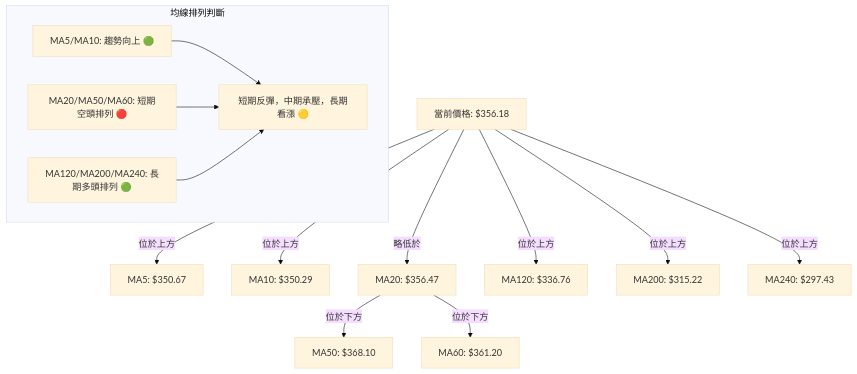
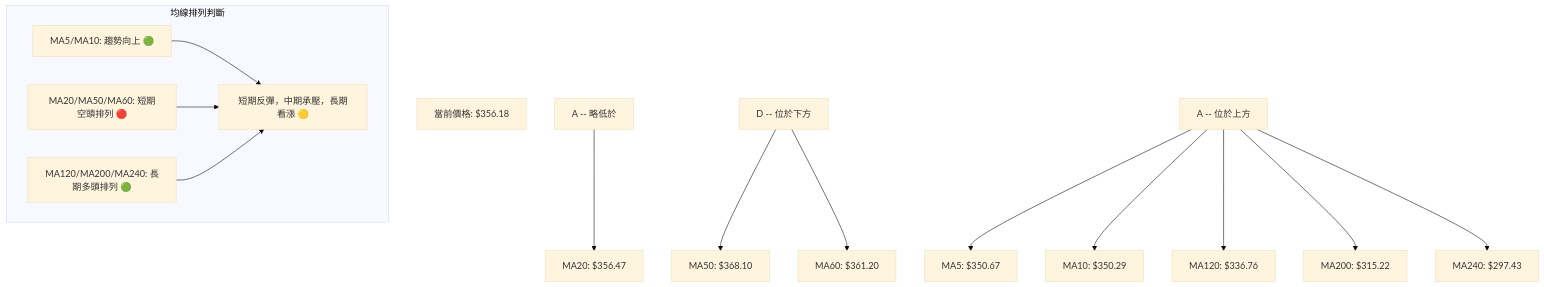
One commit to yennanliu/finance_data changed the eighth of 12 diagrams in ai_gen_report/stock/goog/technical_analysis_2026-07-05_gemini.md. Above: the diagram before and after it, drawn with Mermaid (base theme). The commit also changed other lines of this file and 2258 other files, not shown here.

First line of the commit message:
chore: backfill Mermaid syntax repair across existing reports

````diff
--- a/ai_gen_report/stock/goog/technical_analysis_2026-07-05_gemini.md
+++ b/ai_gen_report/stock/goog/technical_analysis_2026-07-05_gemini.md
@@ -460,30 +460,30 @@
 ```mermaid
 graph TD
-    A[當前價格: $356.18]
-    B[MA5: $350.67]
-    C[MA10: $350.29]
-    D[MA20: $356.47]
-    E[MA50: $368.10]
-    F[MA60: $361.20]
-    G[MA120: $336.76]
-    H[MA200: $315.22]
-    I[MA240: $297.43]
+    A["當前價格: $356.18"]
+    B["MA5: $350.67"]
+    C["MA10: $350.29"]
+    D["MA20: $356.47"]
+    E["MA50: $368.10"]
+    F["MA60: $361.20"]
+    G["MA120: $336.76"]
+    H["MA200: $315.22"]
+    I["MA240: $297.43"]
 
-    A -- 略低於 --> D
-    D -- 位於下方 --> E
-    D -- 位於下方 --> F
-    A -- 位於上方 --> B
-    A -- 位於上方 --> C
-    A -- 位於上方 --> G
-    A -- 位於上方 --> H
-    A -- 位於上方 --> I
+    nb1["A -- 略低於"] --> D
+    nb2["D -- 位於下方"] --> E
+    nb2["D -- 位於下方"] --> F
+    nb3["A -- 位於上方"] --> B
+    nb3["A -- 位於上方"] --> C
+    nb3["A -- 位於上方"] --> G
+    nb3["A -- 位於上方"] --> H
+    nb3["A -- 位於上方"] --> I
 
     subgraph 均線排列判斷
-        DIR1[MA5/MA10: 趨勢向上 🟢]
-        DIR2[MA20/MA50/MA60: 短期空頭排列 🔴]
-        DIR3[MA120/MA200/MA240: 長期多頭排列 🟢]
-        DIR1 --> CONCL[短期反彈，中期承壓，長期看漲 🟡]
+        DIR1["MA5/MA10: 趨勢向上 🟢"]
+        DIR2["MA20/MA50/MA60: 短期空頭排列 🔴"]
+        DIR3["MA120/MA200/MA240: 長期多頭排列 🟢"]
+        DIR1 --> CONCL["短期反彈，中期承壓，長期看漲 🟡"]
         DIR2 --> CONCL
         DIR3 --> CONCL
     end
 ```
````
